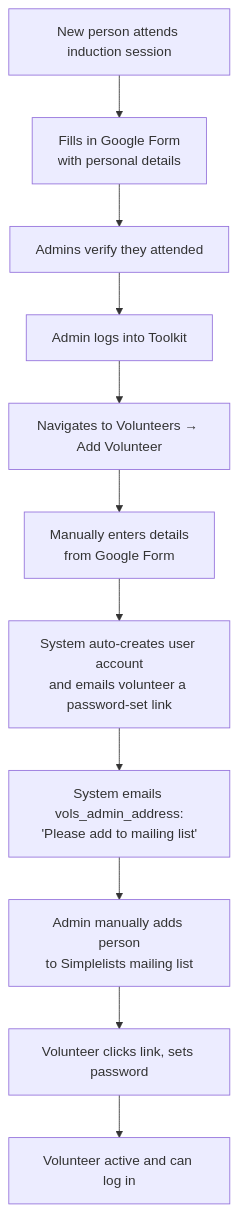
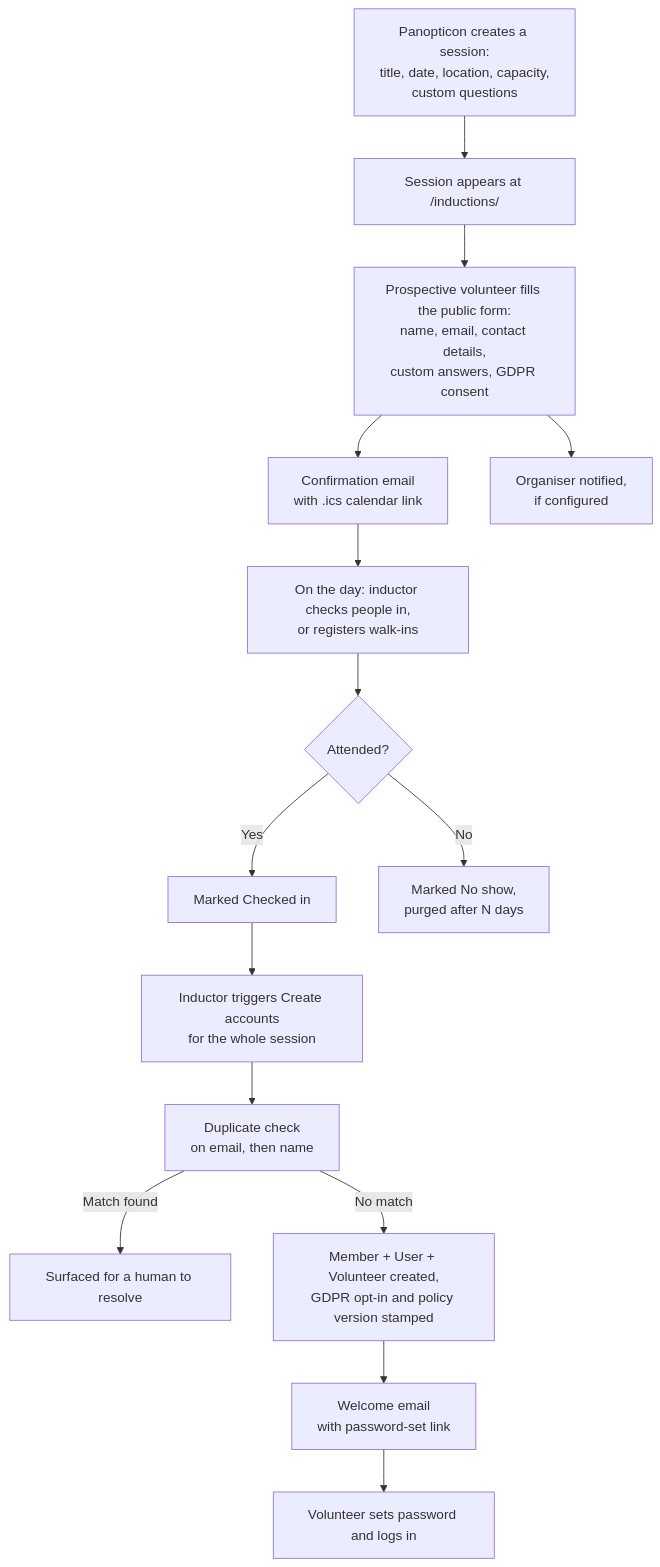
One commit to jdkram/sns-toolkit changed the second of 7 diagrams in docs/SPEC.md. Above: the diagram before and after it, drawn with Mermaid. The commit also changed other lines of this file and 19 other files, not shown here.

First line of the commit message:
docs(tasks): correct stale induction docs found in the user-stories pass

````diff
--- a/docs/SPEC.md
+++ b/docs/SPEC.md
@@ -309,13 +328,17 @@
 ```mermaid
 flowchart TD
-    A[New person attends induction session] --> B[Fills in Google Form\n with personal details]
-    B --> C[Admins verify they attended]
-    C --> D[Admin logs into Toolkit]
-    D --> E[Navigates to Volunteers → Add Volunteer]
-    E --> F[Manually enters details\nfrom Google Form]
-    F --> G[System auto-creates user account\nand emails volunteer a password-set link]
-    G --> H[System emails vols_admin_address:\n'Please add to mailing list']
-    H --> I[Admin manually adds person\nto Simplelists mailing list]
-    I --> J[Volunteer clicks link, sets password]
-    J --> K[Volunteer active and can log in]
+    A[Panopticon creates a session:\ntitle, date, location, capacity,\ncustom questions] --> B[Session appears at /inductions/]
+    B --> C[Prospective volunteer fills the public form:\nname, email, contact details,\ncustom answers, GDPR consent]
+    C --> D[Confirmation email\nwith .ics calendar link]
+    C --> E[Organiser notified,\nif configured]
+    D --> F[On the day: inductor checks people in,\nor registers walk-ins]
+    F --> G{Attended?}
+    G -->|Yes| H[Marked Checked in]
+    G -->|No| I[Marked No show,\npurged after N days]
+    H --> J[Inductor triggers Create accounts\nfor the whole session]
+    J --> K[Duplicate check\non email, then name]
+    K -->|Match found| L[Surfaced for a human to resolve]
+    K -->|No match| M[Member + User + Volunteer created,\nGDPR opt-in and policy version stamped]
+    M --> N[Welcome email\nwith password-set link]
+    N --> O[Volunteer sets password and logs in]
 ```
````
